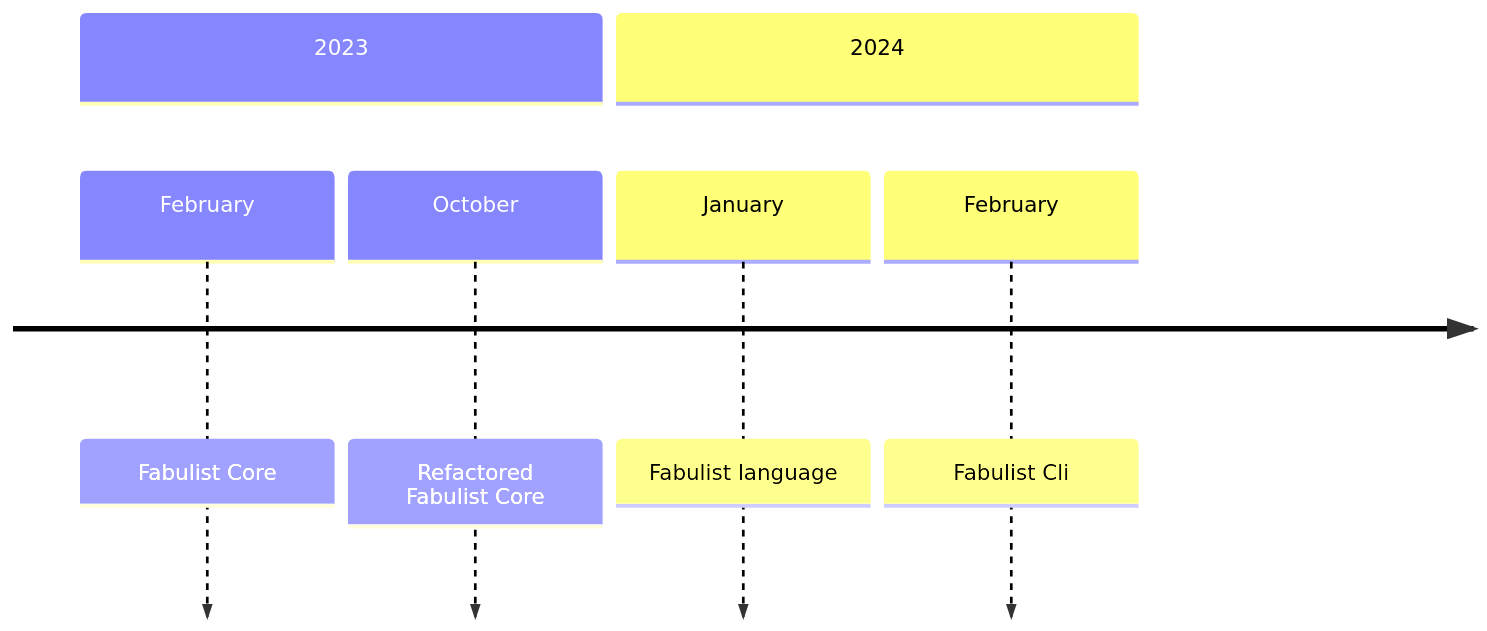
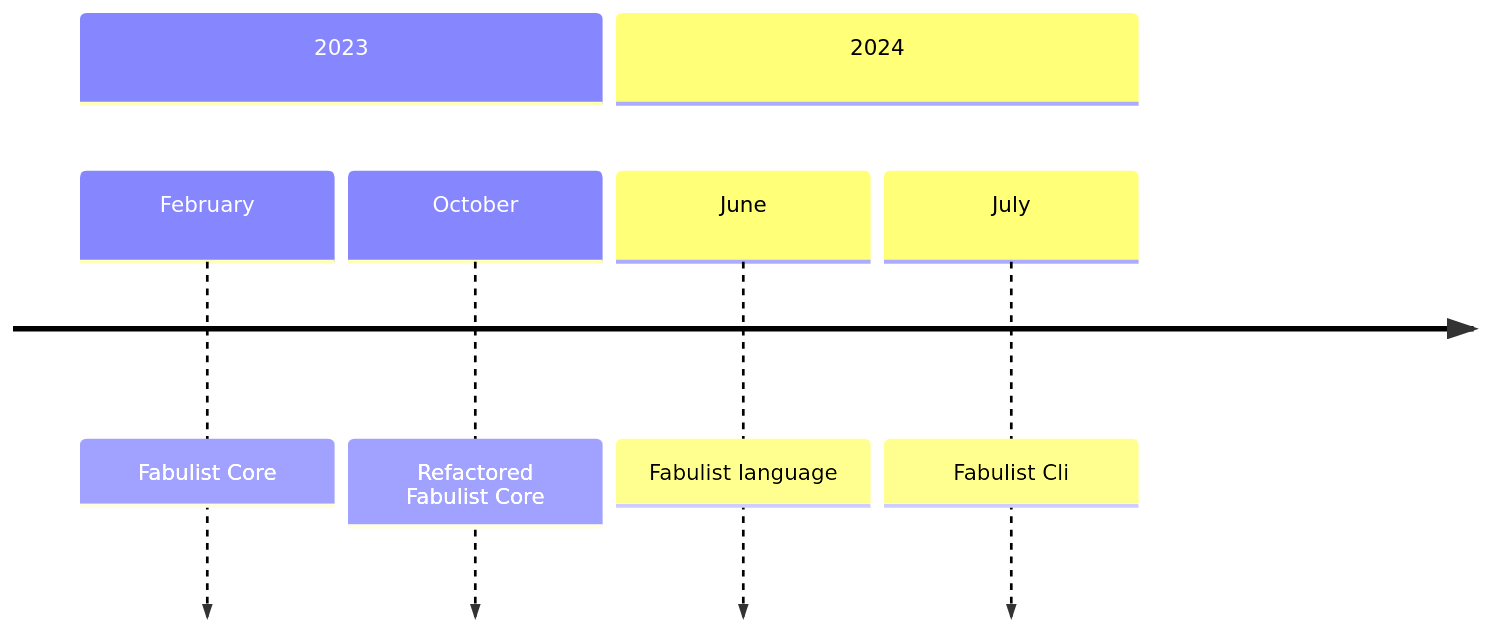
Before and after one commit to coreapostrophe/fabulist: the first of 5 diagrams in README.md, drawn with Mermaid. The commit also changed other lines of this file, not shown here.

Commit message:
chore: updated roadmap description

````diff
--- a/README.md
+++ b/README.md
@@ -26,9 +26,9 @@
 ```mermaid
 timeline
     section 2023
         February: Fabulist Core
         October: Refactored Fabulist Core
     section 2024
-        January: Fabulist language
-        February: Fabulist Cli
+        June: Fabulist language
+        July: Fabulist Cli
 ```
````
